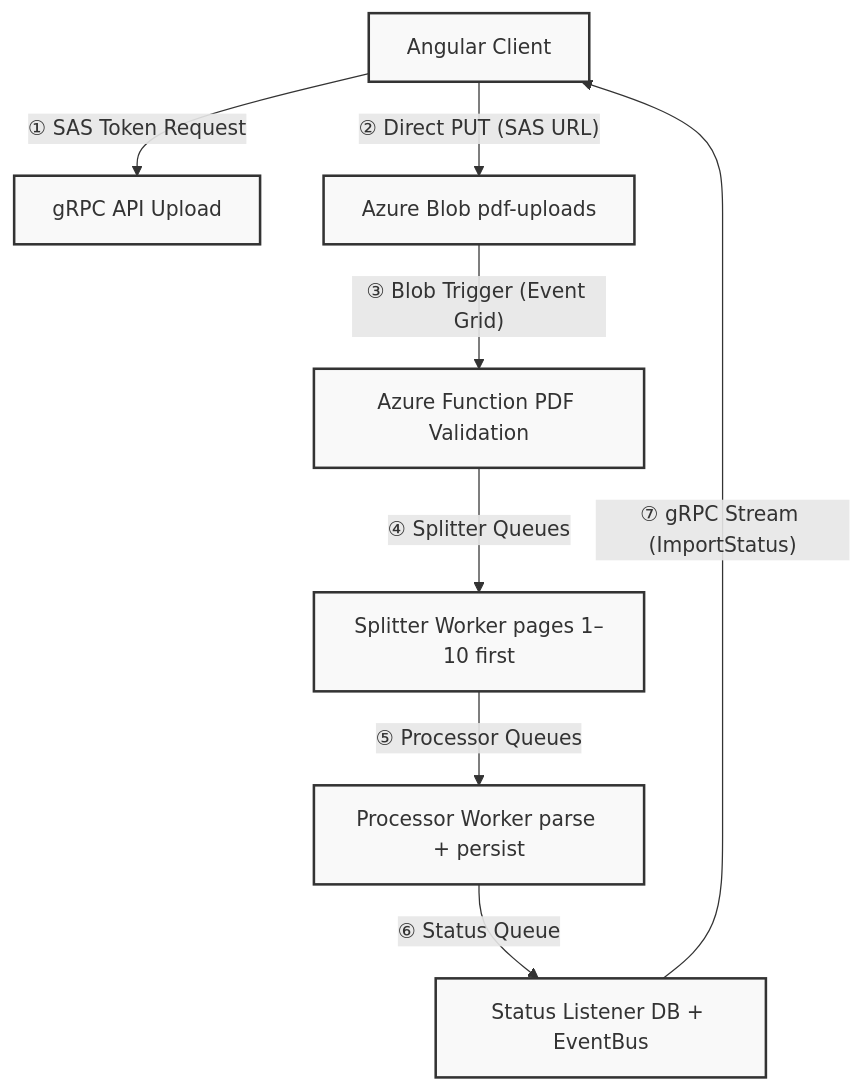
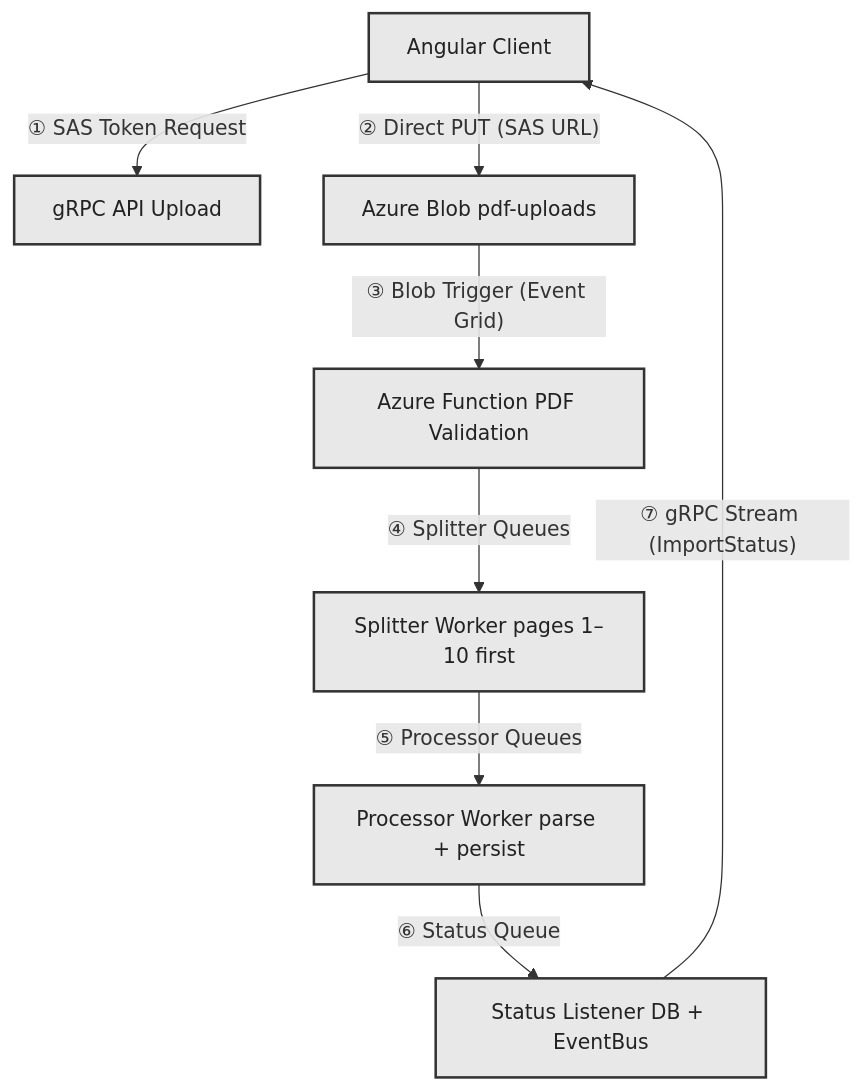
The first of 8 diagrams in README.md (duncan-G/ThePlot), drawn with Mermaid before and after one commit. The commit also changed other lines of this file, not shown here.

````diff
--- a/README.md
+++ b/README.md
@@ -13,20 +13,20 @@
 ```mermaid
 graph TD
     Client[Angular Client]
     API[gRPC API Upload]
     Blob[Azure Blob pdf-uploads]
     Func[Azure Function PDF Validation]
     Splitter[Splitter Worker pages 1–10 first]
     Processor[Processor Worker parse + persist]
     Listener[Status Listener DB + EventBus]
 
     Client -- "① SAS Token Request" --> API
     Client -- "② Direct PUT (SAS URL)" --> Blob
     Blob -- "③ Blob Trigger (Event Grid)" --> Func
     Func -- "④ Splitter Queues" --> Splitter
     Splitter -- "⑤ Processor Queues" --> Processor
     Processor -- "⑥ Status Queue" --> Listener
     Listener -- "⑦ gRPC Stream (ImportStatus)" --> Client
     
-    classDef default fill:#f9f9f9,stroke:#333,stroke-width:2px;
+    classDef default fill:#e8e8e8,stroke:#333,stroke-width:2px,color:#222;
 ```
````
